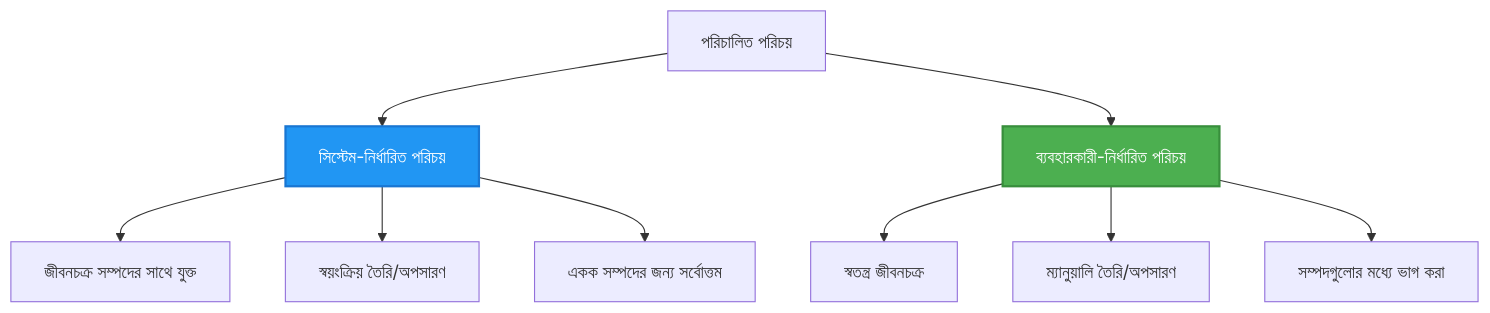
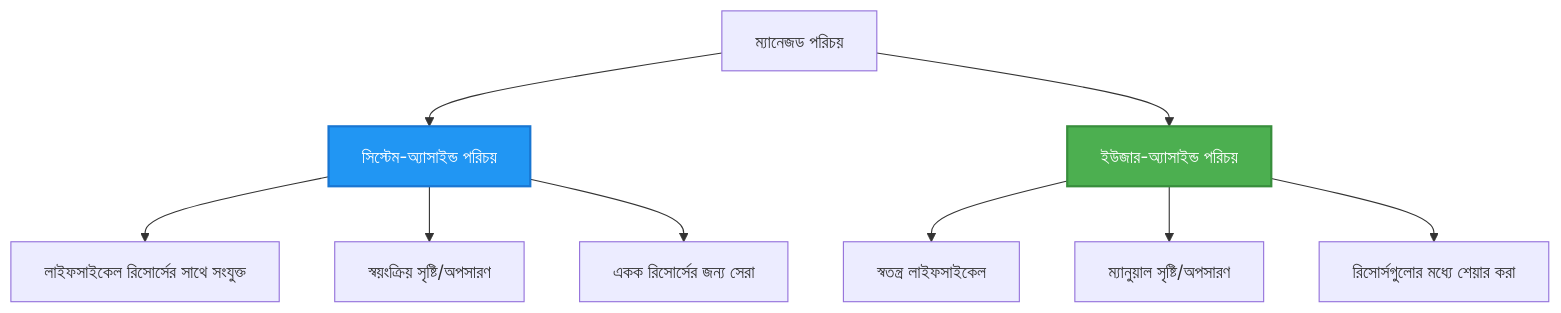
The second of 2 diagrams in translations/bn/docs/chapter-03-configuration/authsecurity.md (microsoft/AZD-for-beginners), drawn with Mermaid before and after one commit. The commit also changed other lines of this file and 101 other files, not shown here.

````diff
--- a/translations/bn/docs/chapter-03-configuration/authsecurity.md
+++ b/translations/bn/docs/chapter-03-configuration/authsecurity.md
@@ -97,20 +97,20 @@
 ```mermaid
 graph TB
-    MI[পরিচালিত পরিচয়]
-    SystemAssigned[সিস্টেম-নির্ধারিত পরিচয়]
-    UserAssigned[ব্যবহারকারী-নির্ধারিত পরিচয়]
+    MI[ম্যানেজড পরিচয়]
+    SystemAssigned[সিস্টেম-অ্যাসাইন্ড পরিচয়]
+    UserAssigned[ইউজার-অ্যাসাইন্ড পরিচয়]
     
     MI --> SystemAssigned
     MI --> UserAssigned
     
-    SystemAssigned --> SA1[জীবনচক্র সম্পদের সাথে যুক্ত]
-    SystemAssigned --> SA2[স্বয়ংক্রিয় তৈরি/অপসারণ]
-    SystemAssigned --> SA3[একক সম্পদের জন্য সর্বোত্তম]
+    SystemAssigned --> SA1[লাইফসাইকেল রিসোর্সের সাথে সংযুক্ত]
+    SystemAssigned --> SA2[স্বয়ংক্রিয় সৃষ্টি/অপসারণ]
+    SystemAssigned --> SA3[একক রিসোর্সের জন্য সেরা]
     
-    UserAssigned --> UA1[স্বতন্ত্র জীবনচক্র]
-    UserAssigned --> UA2[ম্যানুয়ালি তৈরি/অপসারণ]
-    UserAssigned --> UA3[সম্পদগুলোর মধ্যে ভাগ করা]
+    UserAssigned --> UA1[স্বতন্ত্র লাইফসাইকেল]
+    UserAssigned --> UA2[ম্যানুয়াল সৃষ্টি/অপসারণ]
+    UserAssigned --> UA3[রিসোর্সগুলোর মধ্যে শেয়ার করা]
     
     style SystemAssigned fill:#2196F3,stroke:#1976D2,stroke-width:2px,color:#fff
     style UserAssigned fill:#4CAF50,stroke:#388E3C,stroke-width:2px,color:#fff
 ```
````
